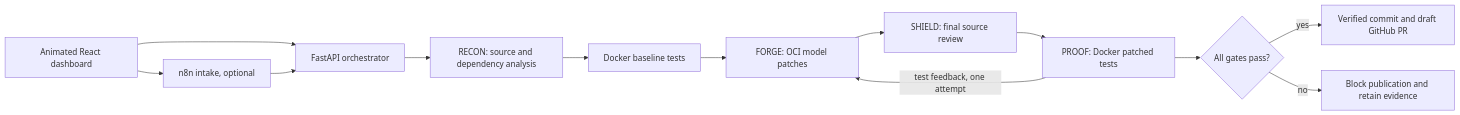
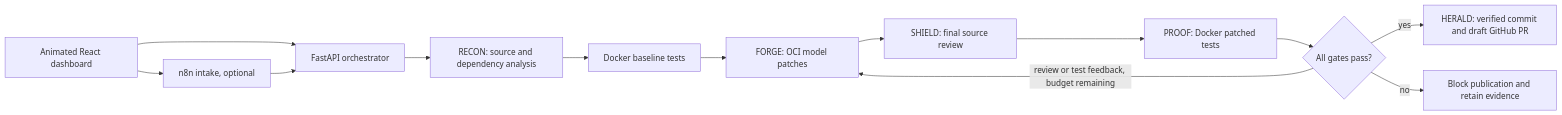
The diagram in README.md (dhanrajgupta2736/pvg_vasuki), drawn with Mermaid before and after one commit. The commit also changed other lines of this file and 33 other files, not shown here.

````diff
--- a/README.md
+++ b/README.md
@@ -51,15 +59,15 @@
 ```mermaid
 flowchart LR
     UI[Animated React dashboard] --> N[n8n intake, optional]
     UI --> API[FastAPI orchestrator]
     N --> API
     API --> R[RECON: source and dependency analysis]
     R --> B[Docker baseline tests]
     B --> F[FORGE: OCI model patches]
     F --> S[SHIELD: final source review]
     S --> P[PROOF: Docker patched tests]
     P --> G{All gates pass?}
-    G -->|yes| PR[Verified commit and draft GitHub PR]
+    G -->|yes| PR[HERALD: verified commit and draft GitHub PR]
     G -->|no| X[Block publication and retain evidence]
-    P -->|test feedback, one attempt| F
+    G -->|review or test feedback, budget remaining| F
 ```
````
